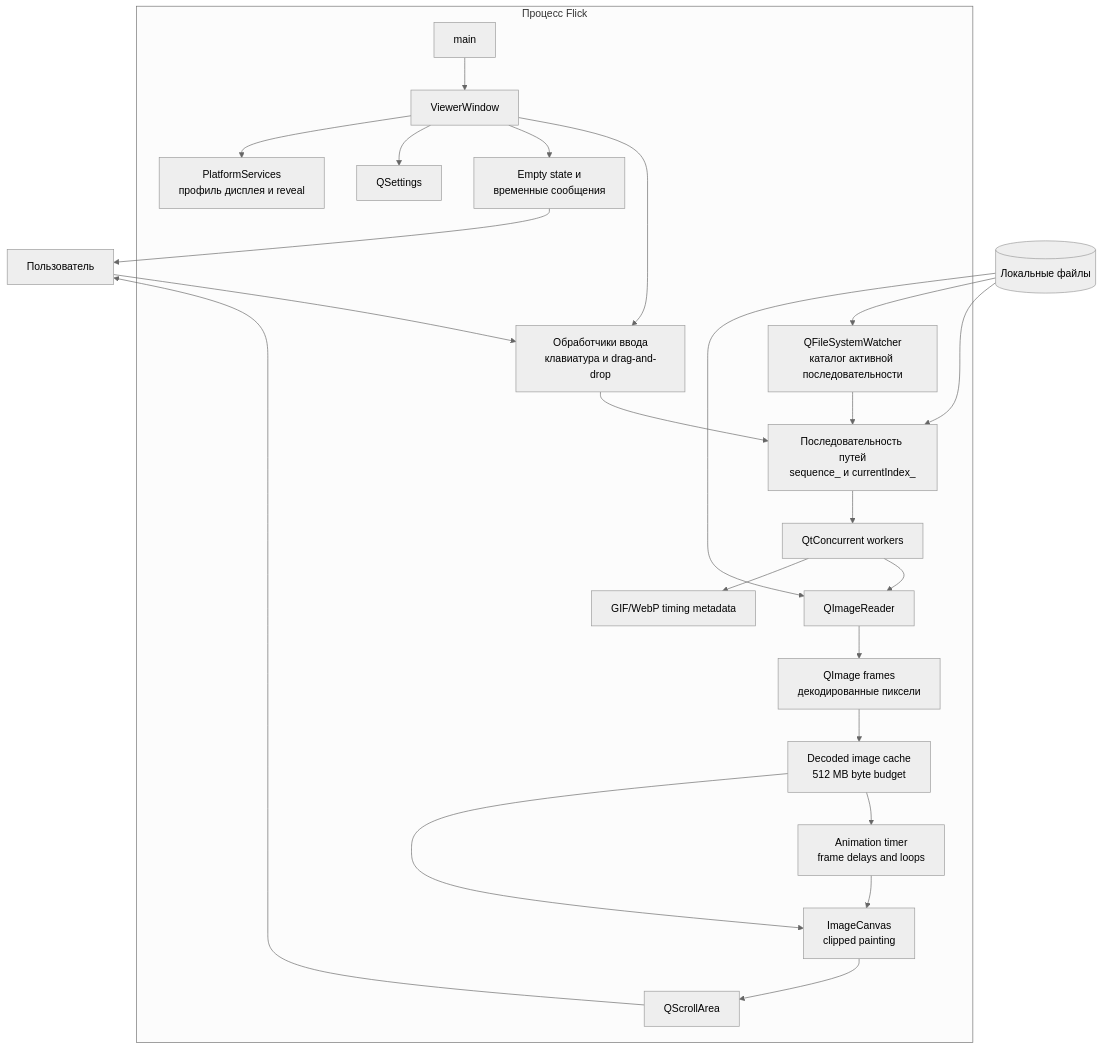
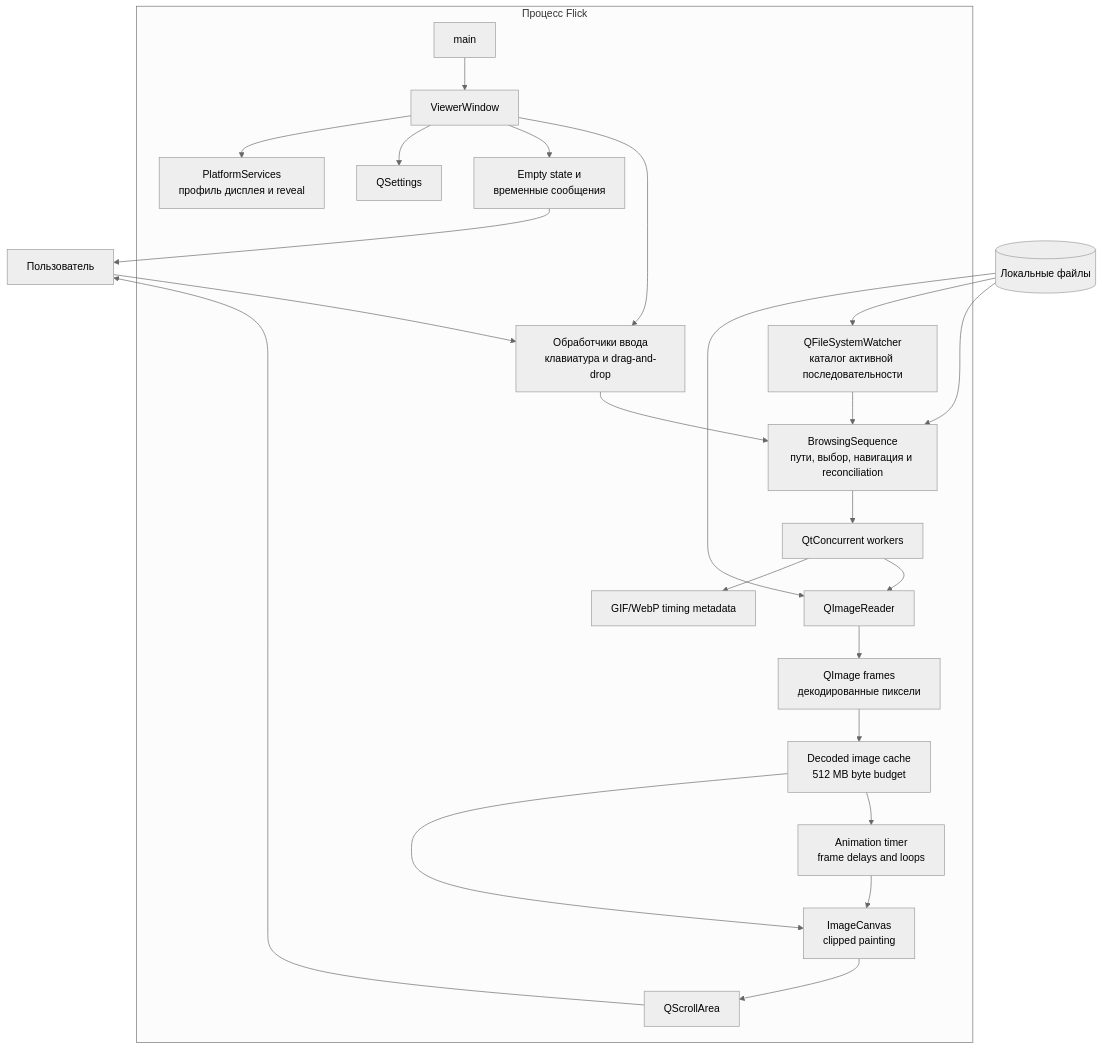
Before and after one commit to Lannselot/Flick: the first of 4 diagrams in docs/architecture.md, drawn with Mermaid (neutral theme). The commit also changed other lines of this file and 5 other files, not shown here.

Commit message:
Move browsing sequence reconciliation

````diff
--- a/docs/architecture.md
+++ b/docs/architecture.md
@@ -8,47 +8,47 @@
 ```mermaid
 flowchart TB
     User[Пользователь]
 
     subgraph Flick[Процесс Flick]
         Main[main]
         Window[ViewerWindow]
         Input[Обработчики ввода<br/>клавиатура и drag-and-drop]
-        Sequence[Последовательность путей<br/>sequence_ и currentIndex_]
+        Sequence[BrowsingSequence<br/>пути, выбор, навигация и reconciliation]
         Watcher[QFileSystemWatcher<br/>каталог активной последовательности]
         Workers[QtConcurrent workers]
         Reader[QImageReader]
         Metadata[GIF/WebP timing metadata]
         Cache[Decoded image cache<br/>512 MB byte budget]
         Image[QImage frames<br/>декодированные пиксели]
         Animation[Animation timer<br/>frame delays and loops]
         Canvas[ImageCanvas<br/>clipped painting]
         Viewport[QScrollArea]
         Feedback[Empty state и<br/>временные сообщения]
         Settings[QSettings]
         Platform[PlatformServices<br/>профиль дисплея и reveal]
 
         Main --> Window
         Window --> Input
         Input --> Sequence
         Watcher --> Sequence
         Sequence --> Workers
         Workers --> Reader
         Workers --> Metadata
         Reader --> Image
         Image --> Cache
         Cache --> Animation
         Animation --> Canvas
         Cache --> Canvas
         Canvas --> Viewport
         Window --> Feedback
         Window --> Settings
         Window --> Platform
     end
 
     Files[(Локальные файлы)] --> Sequence
     Files --> Watcher
     Files --> Reader
     User --> Input
     Viewport --> User
     Feedback --> User
 ```
````
